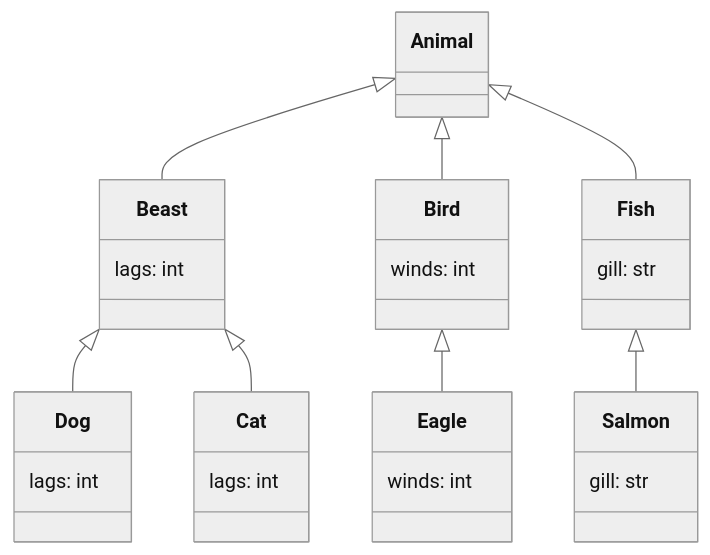
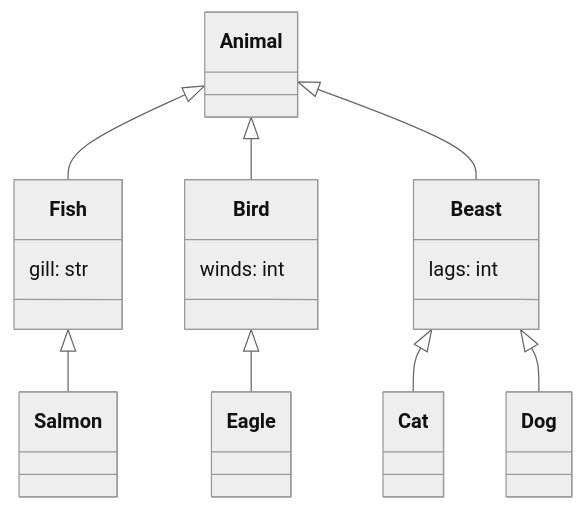
One commit to EricWebsmith/pydantic_mermaid changed the first of 2 diagrams in README.md. Above: the diagram before and after it, drawn with Mermaid (neutral theme). The commit also changed other lines of this file and 14 other files, not shown here.

````diff
--- a/README.md
+++ b/README.md
@@ -43,43 +54,38 @@
 ```mermaid
 classDiagram
     class Animal {
     }
 
     class Fish {
         gill: str
     }
 
     class Beast {
         lags: int
     }
 
     class Bird {
         winds: int
     }
 
     class Dog {
-        lags: int
     }
 
     class Cat {
-        lags: int
     }
 
     class Salmon {
-        gill: str
     }
 
     class Eagle {
-        winds: int
     }
 
 
-
+    Animal <|-- Fish
+    Animal <|-- Bird
     Animal <|-- Beast
-    Animal <|-- Bird
-    Animal <|-- Fish
+    Beast <|-- Cat
     Beast <|-- Dog
-    Beast <|-- Cat
     Fish <|-- Salmon
     Bird <|-- Eagle
 ```
````
